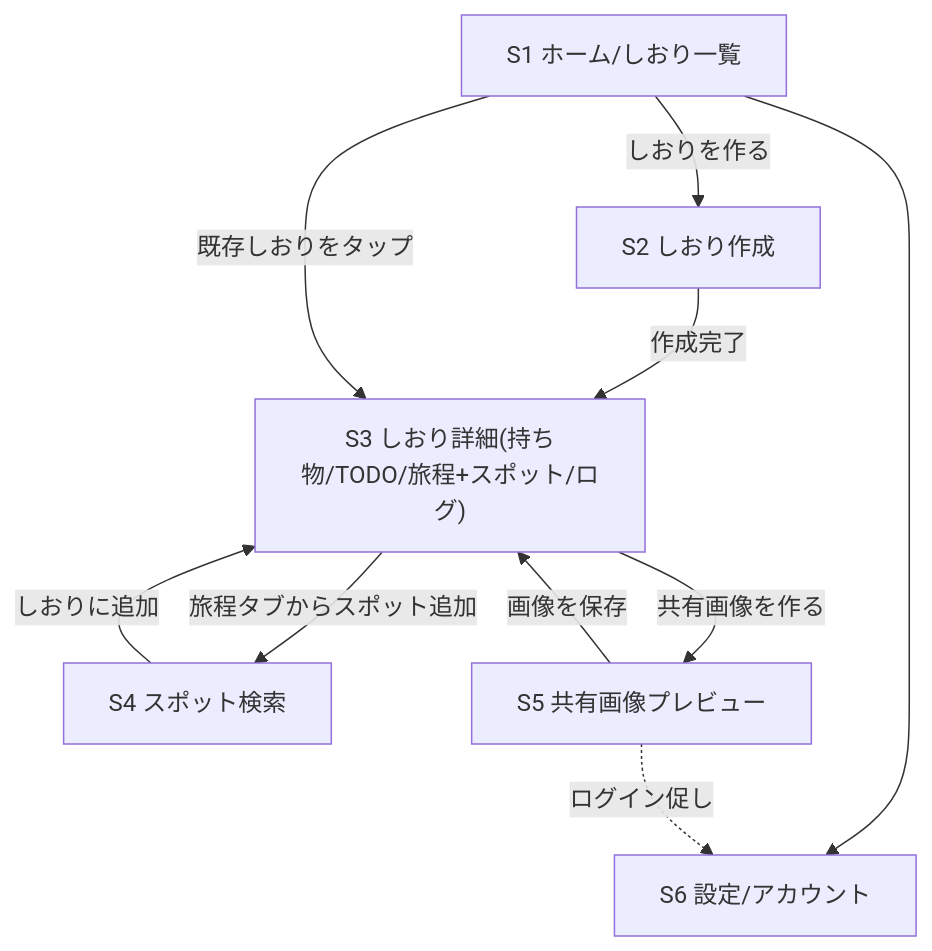
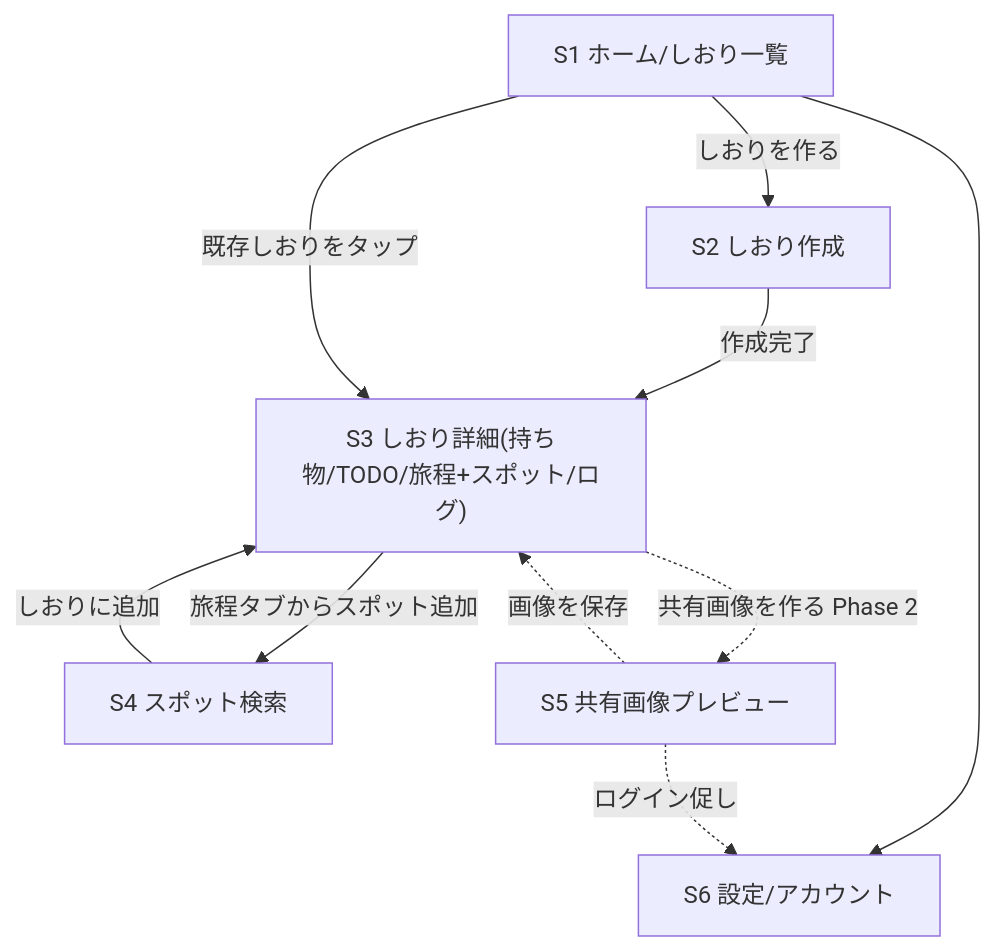
Before and after one commit to ReoKM/otaku_no_shiori: the diagram in docs/01_service_spec.md, drawn with Mermaid. The commit also changed other lines of this file and 2 other files, not shown here.

````diff
--- a/docs/01_service_spec.md
+++ b/docs/01_service_spec.md
@@ -104,12 +110,12 @@
 ```mermaid
 flowchart TD
     S1[S1 ホーム/しおり一覧] -->|しおりを作る| S2[S2 しおり作成]
     S2 -->|作成完了| S3["S3 しおり詳細(持ち物/TODO/旅程+スポット/ログ)"]
     S1 -->|既存しおりをタップ| S3
     S3 -->|旅程タブからスポット追加| S4[S4 スポット検索]
     S4 -->|しおりに追加| S3
-    S3 -->|共有画像を作る| S5[S5 共有画像プレビュー]
-    S5 -->|画像を保存| S3
+    S3 -.->|共有画像を作る Phase 2| S5[S5 共有画像プレビュー]
+    S5 -.->|画像を保存| S3
     S1 --> S6[S6 設定/アカウント]
     S5 -.->|ログイン促し| S6
 ```
````
